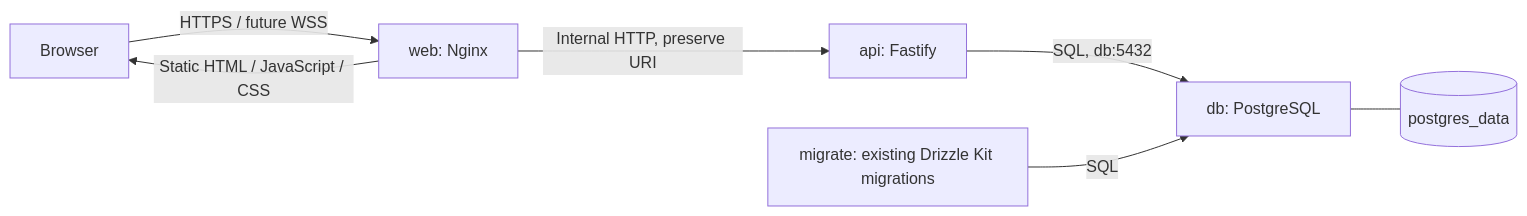
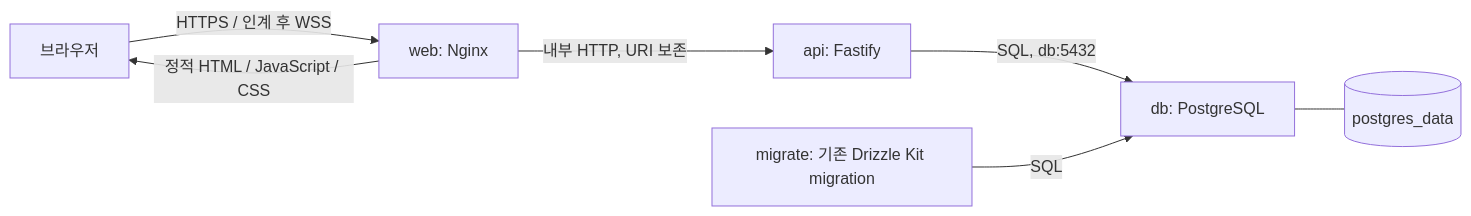
The first of 2 diagrams in Document/runtime.md (EscapeFromGyeongsan/ft_transcendence), drawn with Mermaid before and after one commit. The commit also changed other lines of this file and 2 other files, not shown here.

```diff
--- a/Document/runtime.md
+++ b/Document/runtime.md
@@ -7,9 +7,9 @@
 ~~~mermaid
 flowchart LR
-    browser[Browser] -->|HTTPS / future WSS| web[web: Nginx]
-    web -->|Static HTML / JavaScript / CSS| browser
-    web -->|Internal HTTP, preserve URI| api[api: Fastify]
-    api -->|SQL, db:5432| db[db: PostgreSQL]
-    migrate[migrate: existing Drizzle Kit migrations] -->|SQL| db
-    db --- volume[(postgres_data)]
+    browser["브라우저"] -->|"HTTPS / 인계 후 WSS"| web["web: Nginx"]
+    web -->|"정적 HTML / JavaScript / CSS"| browser
+    web -->|"내부 HTTP, URI 보존"| api["api: Fastify"]
+    api -->|"SQL, db:5432"| db["db: PostgreSQL"]
+    migrate["migrate: 기존 Drizzle Kit migration"] -->|SQL| db
+    db --- volume[("postgres_data")]
 ~~~
```
